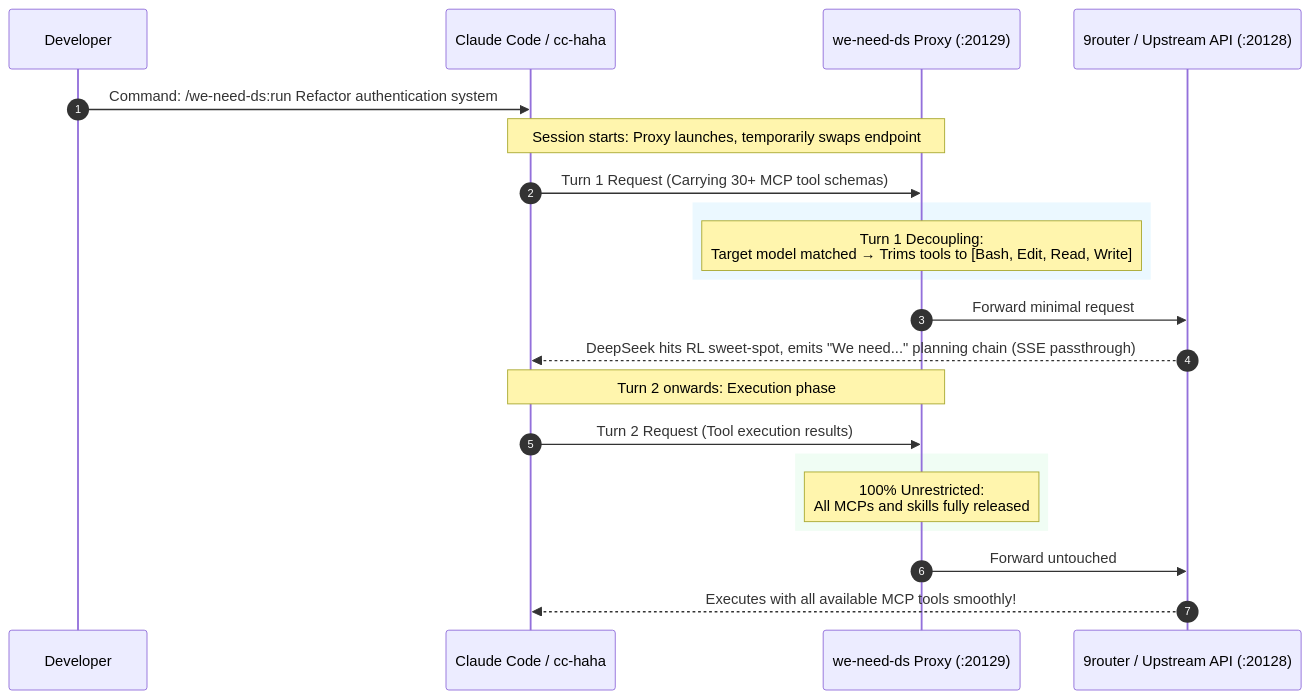
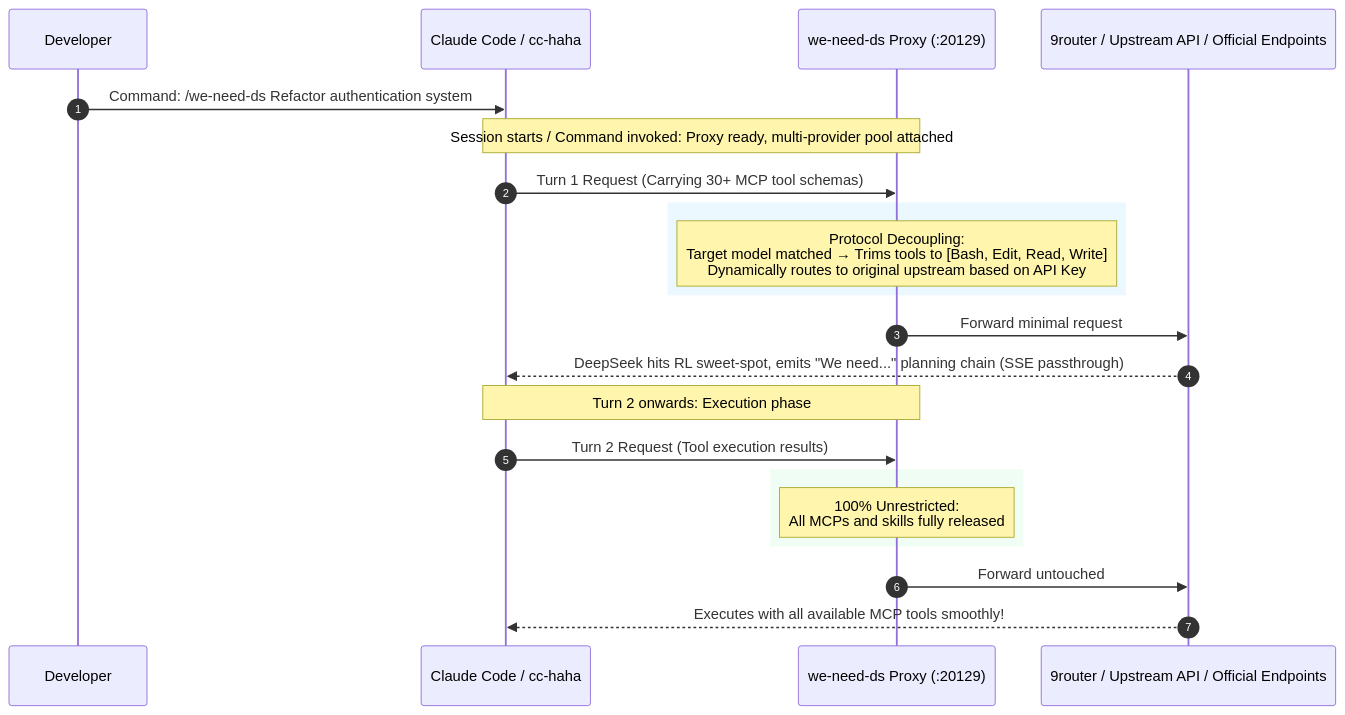
One commit to YixuAnsensei/we-need-ds changed the diagram in README_EN.md. Above: the diagram before and after it, drawn with Mermaid. The commit also changed other lines of this file and 1 other file, not shown here.

Commit message:
docs: enrich README with multi-provider pool, dynamic routing and one-shot force trigger

````diff
--- a/README_EN.md
+++ b/README_EN.md
@@ -36,29 +36,29 @@
 ```mermaid
 sequenceDiagram
     autonumber
     participant User as Developer
     participant CC as Claude Code / cc-haha
     participant Proxy as we-need-ds Proxy (:20129)
-    participant Router as 9router / Upstream API (:20128)
+    participant Router as 9router / Upstream API / Official Endpoints
 
-    User->>CC: Command: /we-need-ds:run Refactor authentication system
-    Note over CC,Proxy: Session starts: Proxy launches, temporarily swaps endpoint
+    User->>CC: Command: /we-need-ds Refactor authentication system
+    Note over CC,Proxy: Session starts / Command invoked: Proxy ready, multi-provider pool attached
     CC->>Proxy: Turn 1 Request (Carrying 30+ MCP tool schemas)
     
     rect rgb(235, 248, 255)
-    Note over Proxy: Turn 1 Decoupling:<br/>Target model matched → Trims tools to [Bash, Edit, Read, Write]
+    Note over Proxy: Protocol Decoupling:<br/>Target model matched → Trims tools to [Bash, Edit, Read, Write]<br/>Dynamically routes to original upstream based on API Key
     end
     
     Proxy->>Router: Forward minimal request
     Router-->>CC: DeepSeek hits RL sweet-spot, emits "We need..." planning chain (SSE passthrough)
     
     Note over CC,Proxy: Turn 2 onwards: Execution phase
     CC->>Proxy: Turn 2 Request (Tool execution results)
     
     rect rgb(240, 253, 244)
     Note over Proxy: 100% Unrestricted:<br/>All MCPs and skills fully released
     end
     
     Proxy->>Router: Forward untouched
     Router-->>CC: Executes with all available MCP tools smoothly!
 ```
````
